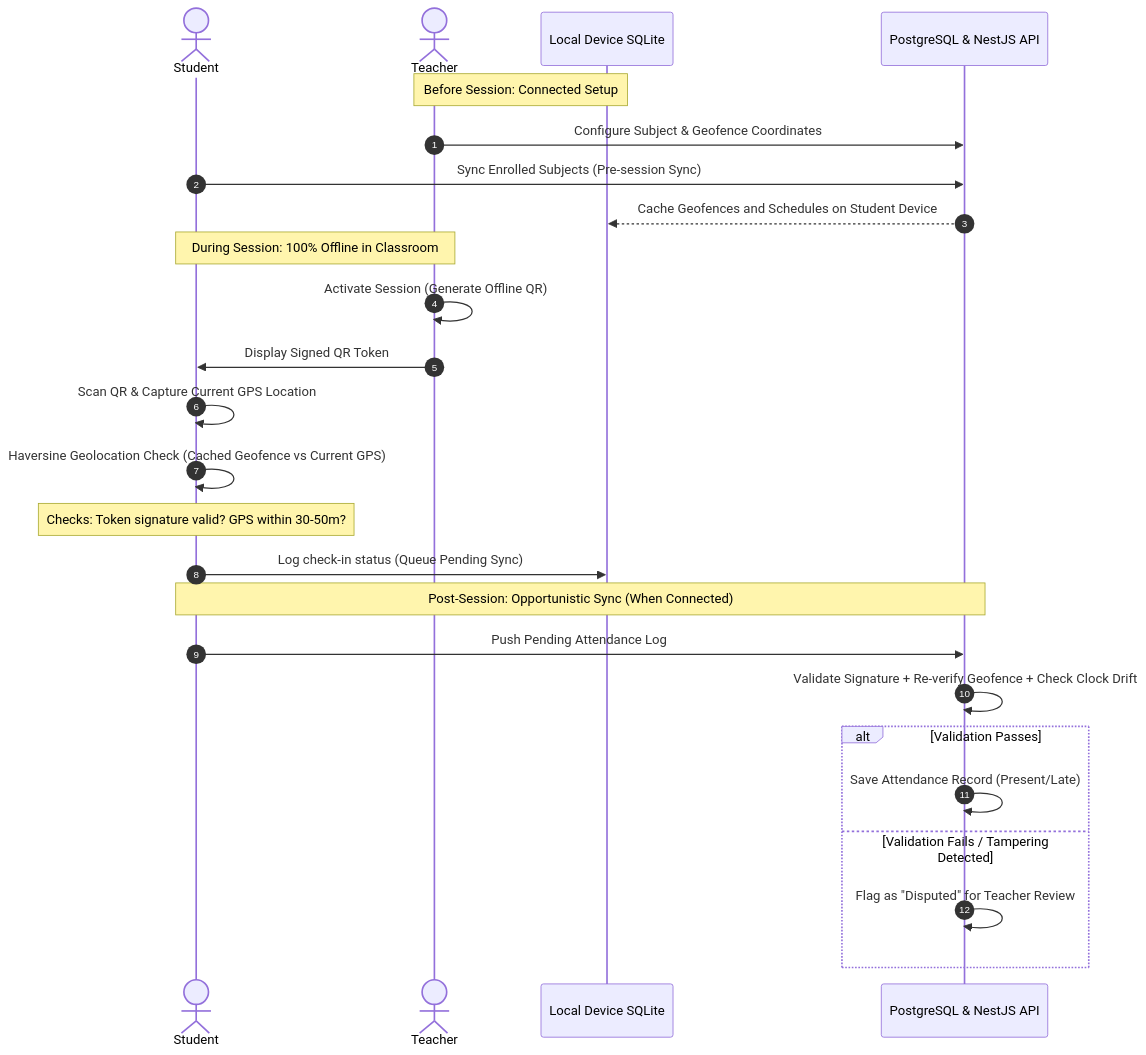
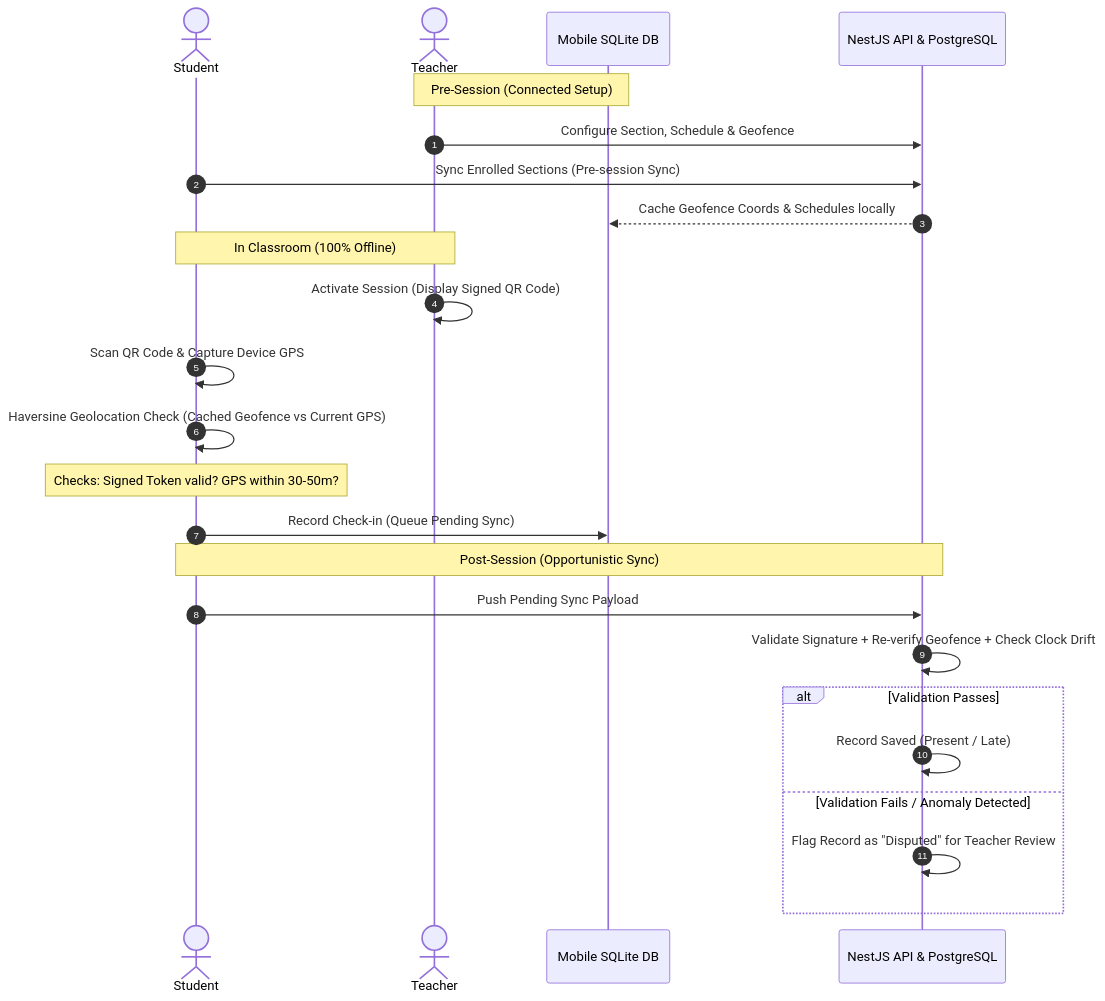
The second of 2 diagrams in README.md (AddToKart/polycheck), drawn with Mermaid before and after one commit. The commit also changed other lines of this file, not shown here.

````diff
--- a/README.md
+++ b/README.md
@@ -41,30 +93,29 @@
 ```mermaid
 sequenceDiagram
     autonumber
     actor Student
     actor Teacher
-    participant LocalDB as Local Device SQLite
-    participant Server as PostgreSQL & NestJS API
+    participant LocalDB as Mobile SQLite DB
+    participant Server as NestJS API & PostgreSQL
 
-    Note over Teacher, LocalDB: Before Session: Connected Setup
-    Teacher->>Server: Configure Subject & Geofence Coordinates
-    Student->>Server: Sync Enrolled Subjects (Pre-session Sync)
-    Server-->>LocalDB: Cache Geofences and Schedules on Student Device
+    Note over Teacher, LocalDB: Pre-Session (Connected Setup)
+    Teacher->>Server: Configure Section, Schedule & Geofence
+    Student->>Server: Sync Enrolled Sections (Pre-session Sync)
+    Server-->>LocalDB: Cache Geofence Coords & Schedules locally
 
-    Note over Teacher, Student: During Session: 100% Offline in Classroom
-    Teacher->>Teacher: Activate Session (Generate Offline QR)
-    Teacher->>Student: Display Signed QR Token
-    Student->>Student: Scan QR & Capture Current GPS Location
+    Note over Teacher, Student: In Classroom (100% Offline)
+    Teacher->>Teacher: Activate Session (Display Signed QR Code)
+    Student->>Student: Scan QR Code & Capture Device GPS
     Student->>Student: Haversine Geolocation Check (Cached Geofence vs Current GPS)
-    Note over Student: Checks: Token signature valid? GPS within 30-50m?
-    Student->>LocalDB: Log check-in status (Queue Pending Sync)
+    Note over Student: Checks: Signed Token valid? GPS within 30-50m?
+    Student->>LocalDB: Record Check-in (Queue Pending Sync)
 
-    Note over Student, Server: Post-Session: Opportunistic Sync (When Connected)
-    Student->>Server: Push Pending Attendance Log
+    Note over Student, Server: Post-Session (Opportunistic Sync)
+    Student->>Server: Push Pending Sync Payload
     Server->>Server: Validate Signature + Re-verify Geofence + Check Clock Drift
     alt Validation Passes
-        Server->>Server: Save Attendance Record (Present/Late)
-    else Validation Fails / Tampering Detected
-        Server->>Server: Flag as "Disputed" for Teacher Review
+        Server->>Server: Record Saved (Present / Late)
+    else Validation Fails / Anomaly Detected
+        Server->>Server: Flag Record as "Disputed" for Teacher Review
     end
 ```
````
